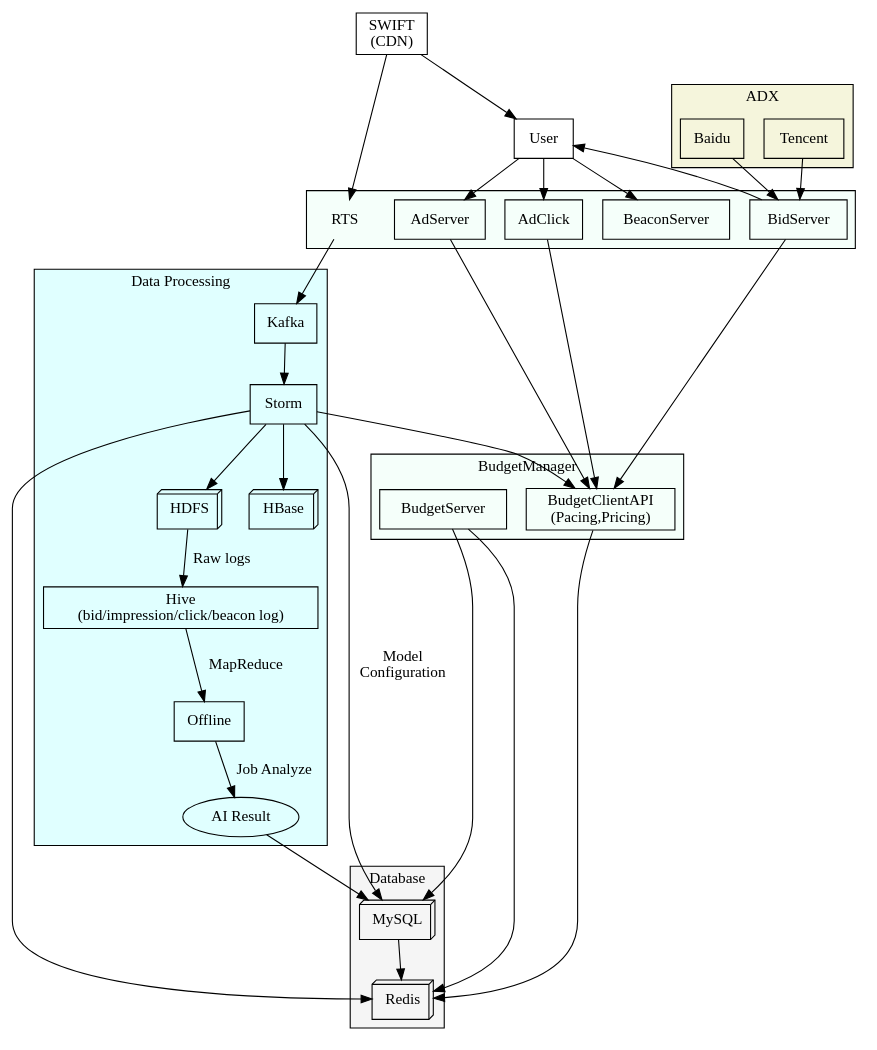
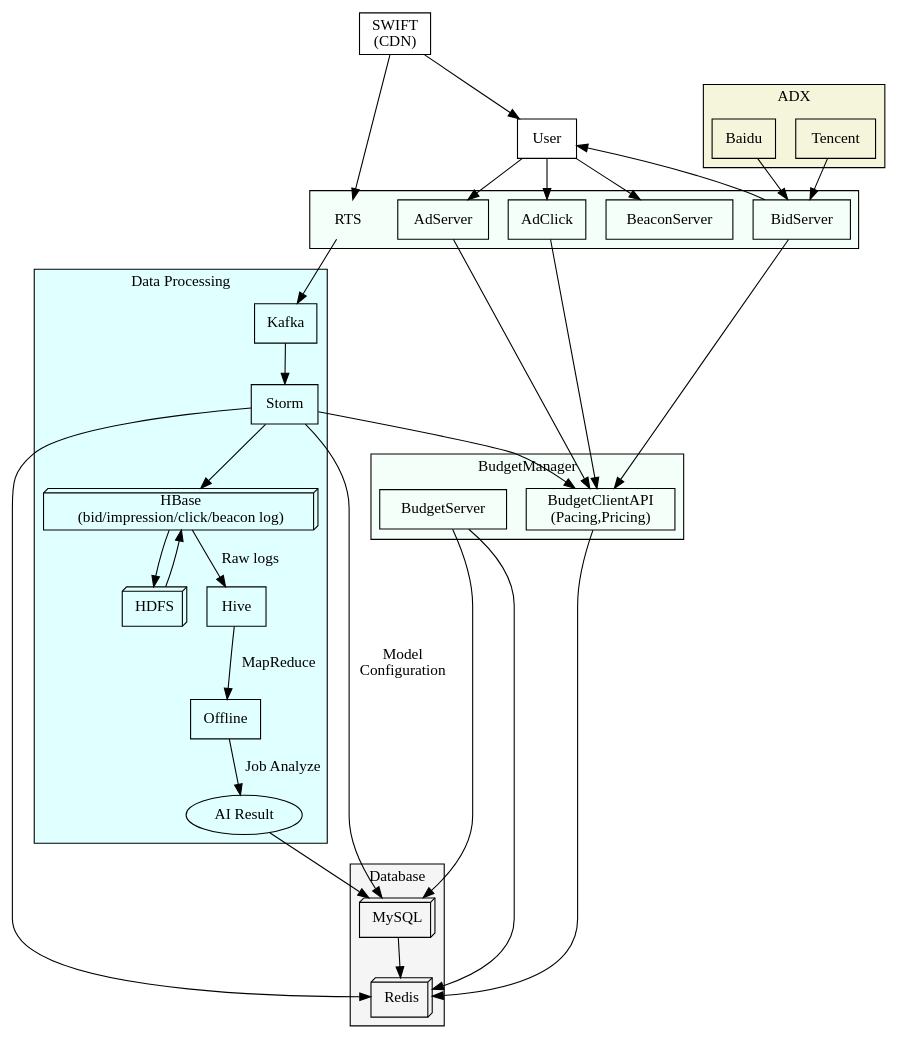
The diagram in others/graphviz/rts.dot (buptrobin/MyProjects), drawn with Graphviz before and after one commit. The commit also changed 16 other files, not shown here.

```diff
--- a/others/graphviz/rts.dot
+++ b/others/graphviz/rts.dot
@@ -1,84 +1,86 @@
 digraph RTS {
 	node [shape="record"];
 	edge [style="solid"];
 	//layout="neato";
 	//edge [style="dashed"];
 	//rotate=90;
 
 	subgraph cluster_rts {
 		//label="RTS";
 		bgcolor="mintcream";
 
 		RTS [shape="plaintext"];
 		BeaconServer;
 		BidServer;
 		AdServer;
 		AdClick;
 	}
 
 	subgraph cluster_budget {
 		bgcolor="mintcream";
 		label="BudgetManager";
 
 		BudgetServer;
 		BudgetClientAPI [label="BudgetClientAPI\n(Pacing,Pricing)"];
 	}
 
 	subgraph cluster_ADX {
 		bgcolor="Beige";
 		label="ADX";
 
 		Tencent;
 		Baidu;
 	}
 
 	subgraph cluster_DataHandling {
 		label="Data Processing";
 
 		bgcolor="LightCyan";
 
 		Kafka;
 		Storm;
 		HDFS [shape="box3d"];
-		HBase [shape="box3d"];
-		Hive [label="Hive\n(bid/impression/click/beacon log)"];
+		HBase [label="HBase\n(bid/impression/click/beacon log)", shape="box3d"];
+		Hive [label="Hive"];
 		Offline;
 		AI_Result [shape="ellipse", label="AI Result"];
 	}
 
 	subgraph cluster_Database {
 		label="Database";
 		bgcolor="WhiteSmoke";
 
 		MySQL [shape="box3d"];
 		Redis [shape="box3d"];
 	}
 
 	//RTS [label="{RTS|BidServer|AdServer|AdClick|BeaconServer}"]
 
 	User;
 	SWIFT [label="SWIFT\n(CDN)"];
 
 	{Baidu,Tencent}->BidServer;
 	BidServer->User;
 	User->AdServer,AdClick,BeaconServer;
 
-	RTS->Kafka->Storm->{HDFS,HBase,BudgetClientAPI};
+	RTS->Kafka->Storm->{HBase,BudgetClientAPI};
 	SWIFT->RTS,User
 
-	HDFS->Hive [label="Raw logs"];
+	HBase->HDFS;
+	HDFS->HBase;
+	HBase->Hive [label="Raw logs"];
 	Hive->Offline [label="MapReduce"];
-	
+
 	Offline->AI_Result [label="Job Analyze"];
 	AI_Result->MySQL;
 	Storm->MySQL [label="Model\nConfiguration"];
 
 	Storm,MySQL->Redis;
 
 	BudgetServer->{Redis,MySQL};
 	BudgetClientAPI->Redis;
 	BidServer->BudgetClientAPI;
 
 	AdServer,AdClick->BudgetClientAPI;
 
 }
```
